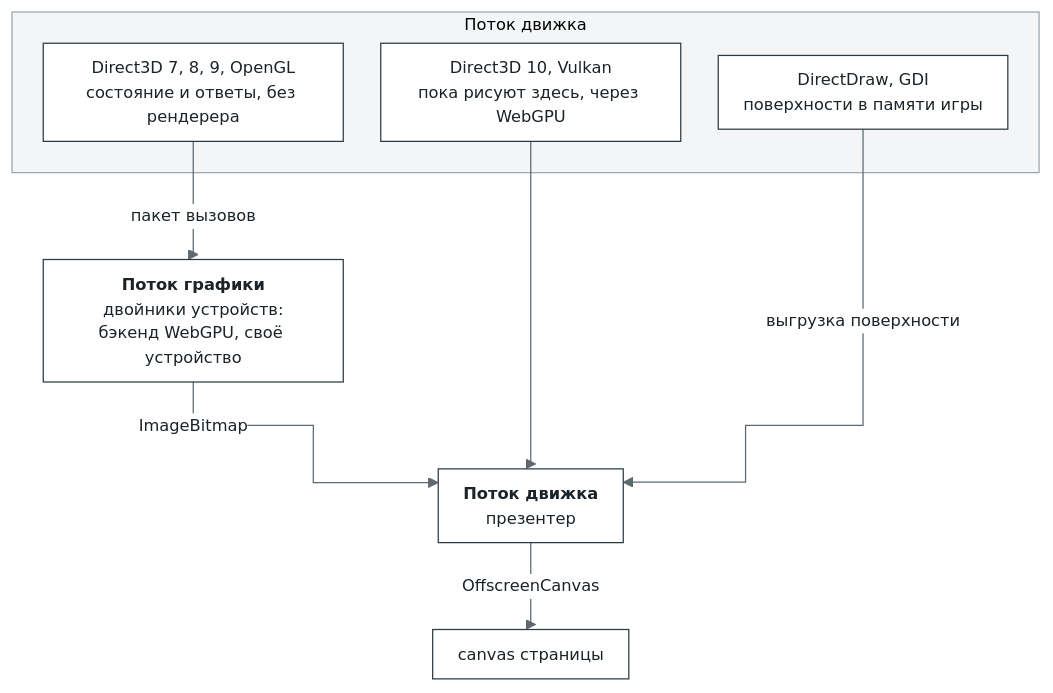
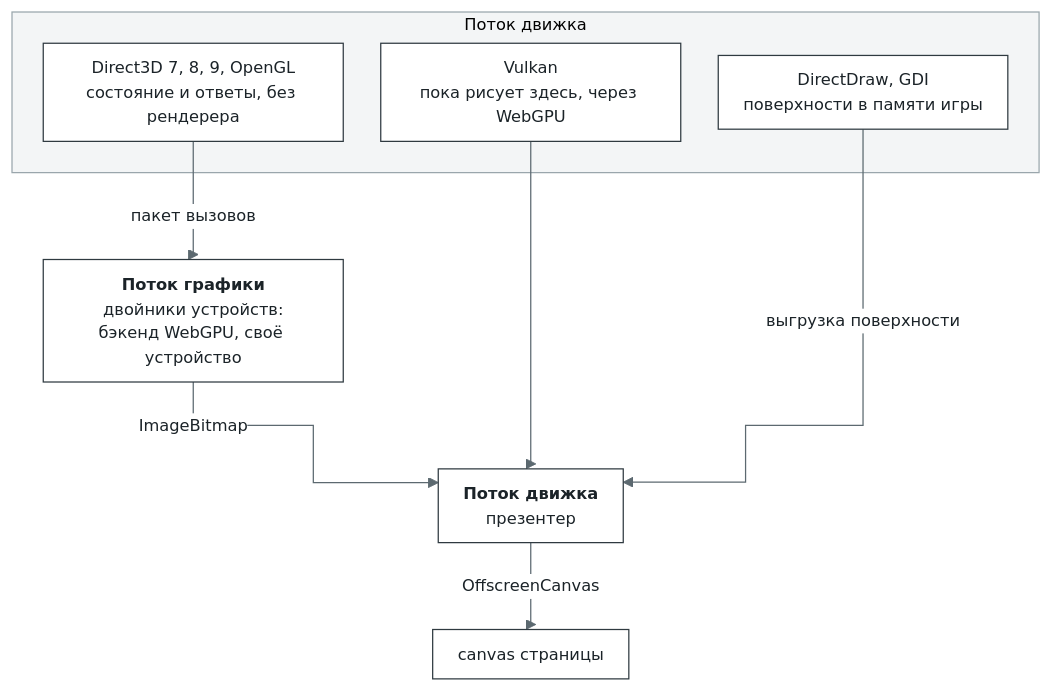
One commit to bottlify/bottlify changed the seventh of 10 diagrams in docs/architecture.ru.md. Above: the diagram before and after it, drawn with Mermaid. The commit also changed other lines of this file and 30 other files, not shown here.

````diff
--- a/docs/architecture.ru.md
+++ b/docs/architecture.ru.md
@@ -682,17 +682,17 @@
 ```mermaid
 %%{init: {"theme": "base", "flowchart": {"curve": "step", "nodeSpacing": 30, "rankSpacing": 50, "padding": 10}, "themeVariables": {"fontFamily": "Inter, Segoe UI, Helvetica, Arial, sans-serif", "fontSize": "13px", "primaryColor": "#FFFFFF", "primaryBorderColor": "#2F3A40", "primaryTextColor": "#1B2328", "lineColor": "#5C6970", "clusterBkg": "#F3F5F6", "clusterBorder": "#9AA6AC", "edgeLabelBackground": "#FFFFFF"}}}%%
 flowchart TB
   subgraph E1["Поток движка"]
     D89["Direct3D 7, 8, 9, OpenGL<br/>состояние и ответы, без рендерера"]
-    D7["Direct3D 10, Vulkan<br/>пока рисуют здесь, через WebGPU"]
+    D7["Vulkan<br/>пока рисует здесь, через WebGPU"]
     SW["DirectDraw, GDI<br/>поверхности в памяти игры"]
   end
   TW["<b>Поток графики</b><br/>двойники устройств:<br/>бэкенд WebGPU, своё устройство"]
   PR["<b>Поток движка</b><br/>презентер"]
   CV["canvas страницы"]
   D89 -->|"пакет вызовов"| TW
   TW -->|"ImageBitmap"| PR
   D7 --> PR
   SW -->|"выгрузка поверхности"| PR
   PR -->|"OffscreenCanvas"| CV
 ```
````
